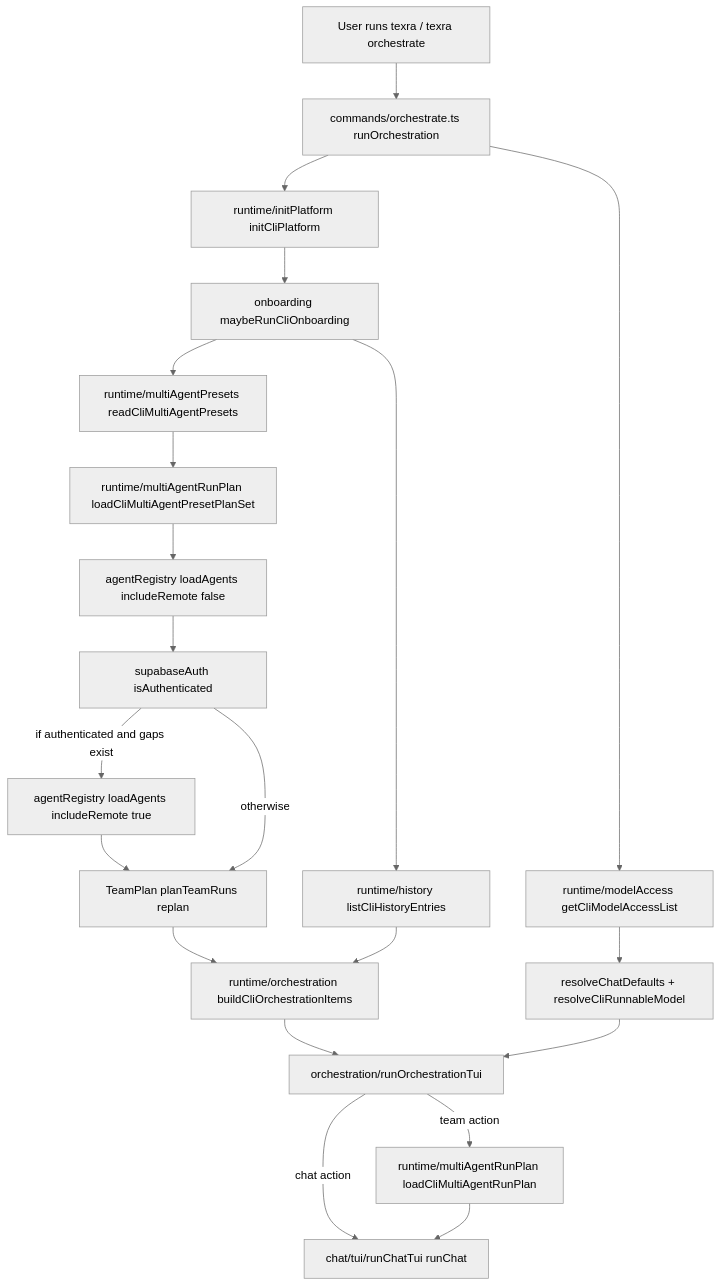
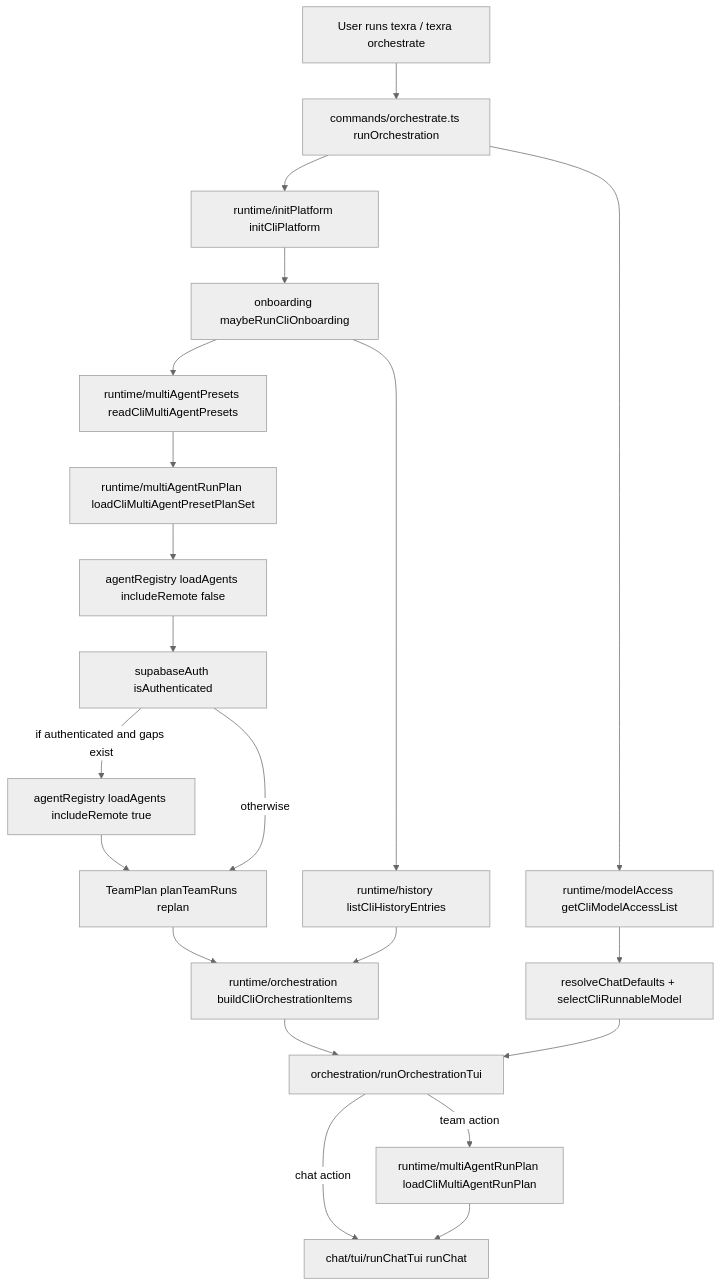
The first of 5 diagrams in docs/architecture/2026-06-20-cli-runtime-round-trips.md (LionSR/TeXRA), drawn with Mermaid (neutral theme) before and after one commit. The commit also changed other lines of this file and 9 other files, not shown here.

````diff
--- a/docs/architecture/2026-06-20-cli-runtime-round-trips.md
+++ b/docs/architecture/2026-06-20-cli-runtime-round-trips.md
@@ -9,41 +9,41 @@
 ```mermaid
 flowchart TD
   user[User runs texra / texra orchestrate]
   orch[commands/orchestrate.ts runOrchestration]
   platform[runtime/initPlatform initCliPlatform]
   onboarding[onboarding maybeRunCliOnboarding]
   history[runtime/history listCliHistoryEntries]
   presets[runtime/multiAgentPresets readCliMultiAgentPresets]
   plans[runtime/multiAgentRunPlan loadCliMultiAgentPresetPlanSet]
   agentsLocal[agentRegistry loadAgents includeRemote false]
   auth[supabaseAuth isAuthenticated]
   agentsRemote[agentRegistry loadAgents includeRemote true]
   replan[TeamPlan planTeamRuns replan]
   items[runtime/orchestration buildCliOrchestrationItems]
   modelList[runtime/modelAccess getCliModelAccessList]
-  defaultModel[resolveChatDefaults + resolveCliRunnableModel]
+  defaultModel[resolveChatDefaults + selectCliRunnableModel]
   picker[orchestration/runOrchestrationTui]
   chat[chat/tui/runChatTui runChat]
   presetRun[runtime/multiAgentRunPlan loadCliMultiAgentRunPlan]
 
   user --> orch
   orch --> platform
   platform --> onboarding
   onboarding --> history
   onboarding --> presets
   presets --> plans
   plans --> agentsLocal
   agentsLocal --> auth
   auth -->|if authenticated and gaps exist| agentsRemote
   agentsRemote --> replan
   auth -->|otherwise| replan
   replan --> items
   history --> items
   orch --> modelList
   modelList --> defaultModel
   items --> picker
   defaultModel --> picker
   picker -->|chat action| chat
   picker -->|team action| presetRun
   presetRun --> chat
 ```
````
